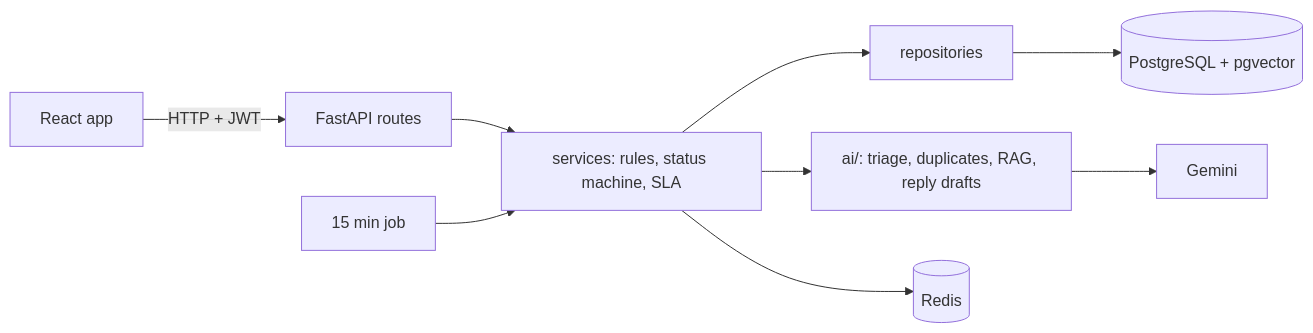
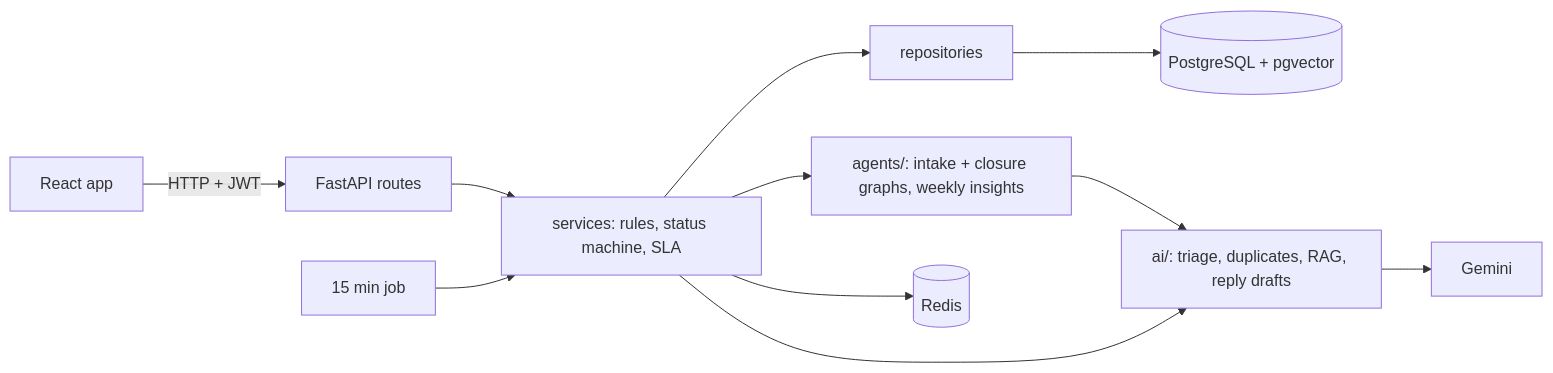
One commit to saxenamayank-20/EchoCampus changed the diagram in README.md. Above: the diagram before and after it, drawn with Mermaid. The commit also changed other lines of this file and 28 other files, not shown here.

Commit message:
phase 5: submit and close run as langgraph graphs, weekly report for the admin

````diff
--- a/README.md
+++ b/README.md
@@ -45,11 +48,13 @@
 ```mermaid
 flowchart LR
     UI[React app] -->|HTTP + JWT| API[FastAPI routes]
     API --> S[services: rules, status machine, SLA]
     S --> R[repositories]
     R --> DB[(PostgreSQL + pgvector)]
+    S --> AG[agents/: intake + closure graphs, weekly insights]
+    AG --> AI
     S --> AI[ai/: triage, duplicates, RAG, reply drafts]
     AI --> G[Gemini]
     S --> C[(Redis)]
     J[15 min job] --> S
 ```
````
